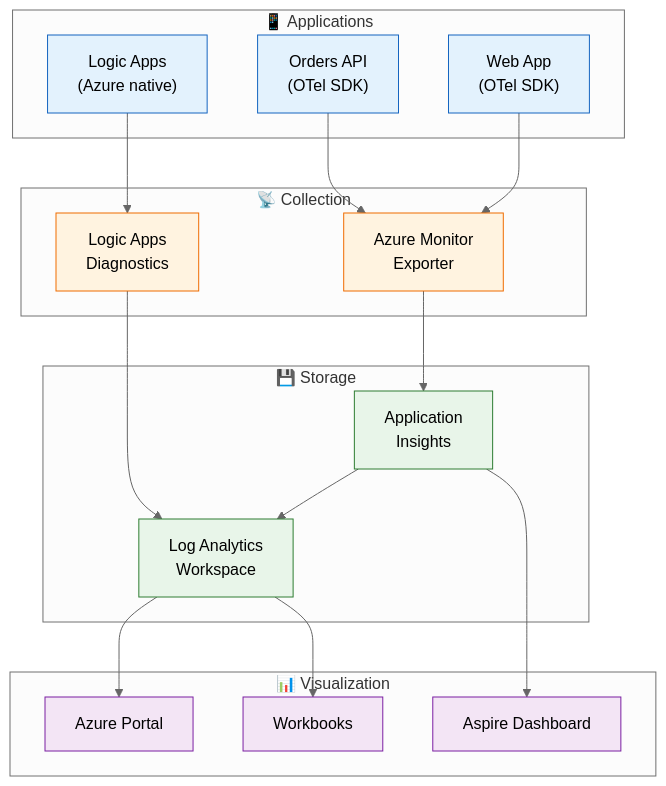
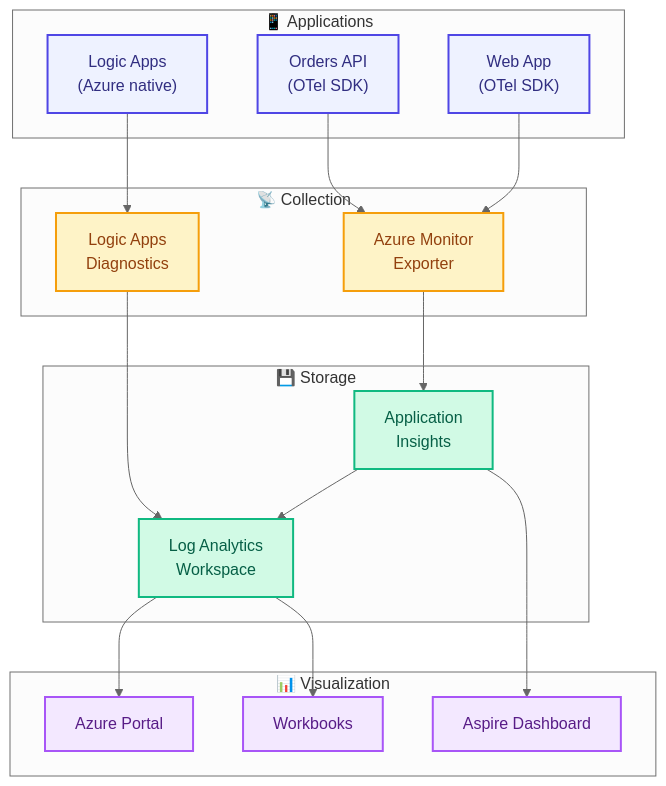
The diagram in docs/architecture/adr/ADR-003-observability-strategy.md (Evilazaro/Azure-LogicApps-Monitoring), drawn with Mermaid (neutral theme) before and after one commit. The commit also changed 11 other files, not shown here.

Commit message:
feat(docs): Update diagrams with modern color palette for improved accessibility and clarity

````diff
--- a/docs/architecture/adr/ADR-003-observability-strategy.md
+++ b/docs/architecture/adr/ADR-003-observability-strategy.md
@@ -203,44 +203,44 @@
 ```mermaid
 flowchart TB
     subgraph Apps["📱 Applications"]
         API["Orders API<br/>(OTel SDK)"]
         Web["Web App<br/>(OTel SDK)"]
         LA["Logic Apps<br/>(Azure native)"]
     end
 
     subgraph Collect["📡 Collection"]
         Exporter["Azure Monitor<br/>Exporter"]
         Connector["Logic Apps<br/>Diagnostics"]
     end
 
     subgraph Store["💾 Storage"]
         AI["Application<br/>Insights"]
         LAW["Log Analytics<br/>Workspace"]
     end
 
     subgraph Visualize["📊 Visualization"]
         Portal["Azure Portal"]
         Workbooks["Workbooks"]
         Dashboard["Aspire Dashboard"]
     end
 
     API --> Exporter
     Web --> Exporter
     LA --> Connector
     Exporter --> AI
     Connector --> LAW
     AI --> LAW
     LAW --> Portal
     LAW --> Workbooks
     AI --> Dashboard
 
-    classDef app fill:#e3f2fd,stroke:#1565c0
-    classDef collect fill:#fff3e0,stroke:#ef6c00
-    classDef store fill:#e8f5e9,stroke:#2e7d32
-    classDef viz fill:#f3e5f5,stroke:#7b1fa2
+    classDef app fill:#EEF2FF,stroke:#4F46E5,stroke-width:2px,color:#312E81
+    classDef collect fill:#FEF3C7,stroke:#F59E0B,stroke-width:2px,color:#92400E
+    classDef store fill:#D1FAE5,stroke:#10B981,stroke-width:2px,color:#065F46
+    classDef viz fill:#F3E8FF,stroke:#A855F7,stroke-width:2px,color:#581C87
 
     class API,Web,LA app
     class Exporter,Connector collect
     class AI,LAW store
     class Portal,Workbooks,Dashboard viz
 ```
````
